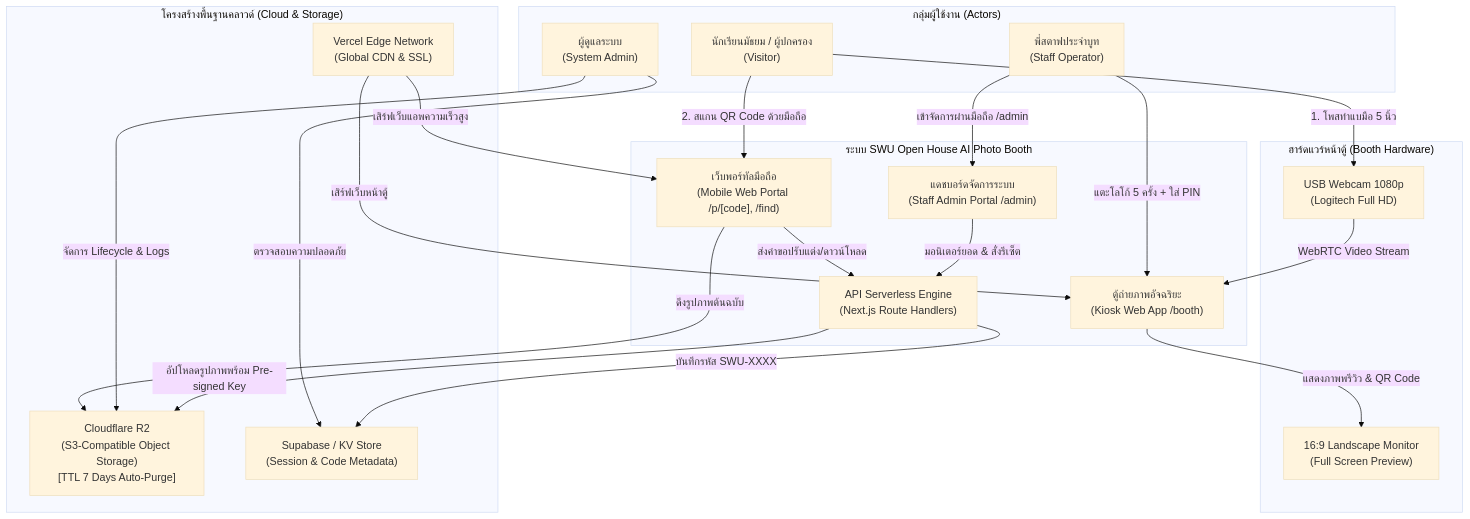
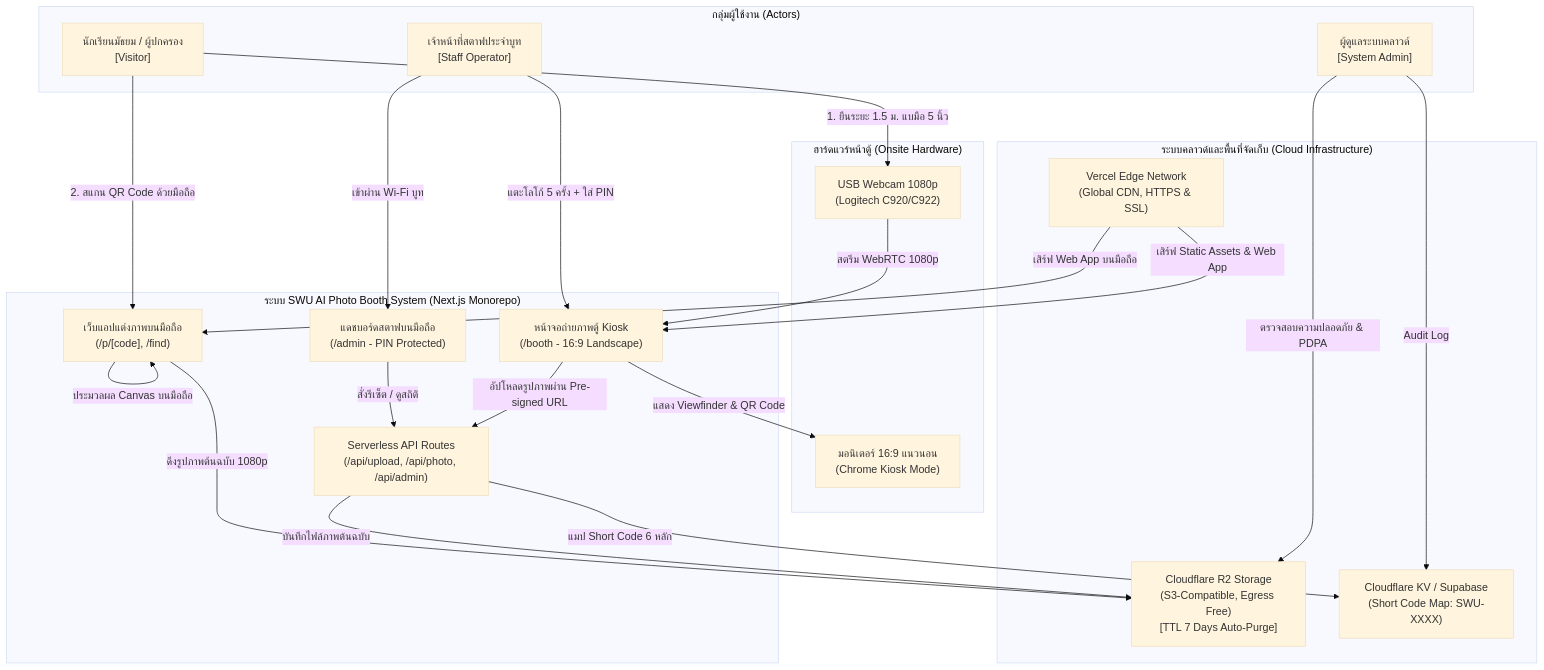
The first of 12 diagrams in ducument-sathit/task01/system-architecture-and-sequence-flow.md (icelandz9/swu-openhouse), drawn with Mermaid (base theme) before and after one commit. The commit also changed other lines of this file and 1 other file, not shown here.

Commit message:
docs: finalize pure Photo Booth System Architecture and Sequence Flows based on grill-me locks

````diff
--- a/ducument-sathit/task01/system-architecture-and-sequence-flow.md
+++ b/ducument-sathit/task01/system-architecture-and-sequence-flow.md
@@ -35,46 +25,47 @@
 ```mermaid
 flowchart TD
-    subgraph Users["กลุ่มผู้ใช้งาน (Actors)"]
-        U1["นักเรียนมัธยม / ผู้ปกครอง<br>(Visitor)"]
-        U2["พี่สตาฟประจำบูท<br>(Staff Operator)"]
-        U3["ผู้ดูแลระบบ<br>(System Admin)"]
+    subgraph Actors["กลุ่มผู้ใช้งาน (Actors)"]
+        V["นักเรียนมัธยม / ผู้ปกครอง<br>[Visitor]"]
+        S["เจ้าหน้าที่สตาฟประจำบูท<br>[Staff Operator]"]
+        A["ผู้ดูแลระบบคลาวด์<br>[System Admin]"]
     end
 
-    subgraph SWUSystem["ระบบ SWU Open House AI Photo Booth"]
-        KioskApp["ตู้ถ่ายภาพอัจฉริยะ<br>(Kiosk Web App /booth)"]
-        MobileApp["เว็บพอร์ทัลมือถือ<br>(Mobile Web Portal /p/[code], /find)"]
-        AdminApp["แดชบอร์ดจัดการระบบ<br>(Staff Admin Portal /admin)"]
-        BackendAPI["API Serverless Engine<br>(Next.js Route Handlers)"]
+    subgraph PhotoBoothSystem["ระบบ SWU AI Photo Booth System (Next.js Monorepo)"]
+        Kiosk["หน้าจอถ่ายภาพตู้ Kiosk<br>(/booth - 16:9 Landscape)"]
+        Mobile["เว็บแอปแต่งภาพบนมือถือ<br>(/p/[code], /find)"]
+        AdminPortal["แดชบอร์ดสตาฟบนมือถือ<br>(/admin - PIN Protected)"]
+        API["Serverless API Routes<br>(/api/upload, /api/photo, /api/admin)"]
     end
 
-    subgraph CloudInfra["โครงสร้างพื้นฐานคลาวด์ (Cloud & Storage)"]
-        CloudflareR2["Cloudflare R2<br>(S3-Compatible Object Storage)<br>[TTL 7 Days Auto-Purge]"]
-        VercelEdge["Vercel Edge Network<br>(Global CDN & SSL)"]
-        MetadataDB["Supabase / KV Store<br>(Session & Code Metadata)"]
+    subgraph HardwareLayer["ฮาร์ดแวร์หน้าตู้ (Onsite Hardware)"]
+        Webcam["USB Webcam 1080p<br>(Logitech C920/C922)"]
+        Screen["มอนิเตอร์ 16:9 แนวนอน<br>(Chrome Kiosk Mode)"]
     end
 
-    subgraph Hardware["ฮาร์ดแวร์หน้าตู้ (Booth Hardware)"]
-        Webcam["USB Webcam 1080p<br>(Logitech Full HD)"]
-        Screen["16:9 Landscape Monitor<br>(Full Screen Preview)"]
+    subgraph CloudLayer["ระบบคลาวด์และพื้นที่จัดเก็บ (Cloud Infrastructure)"]
+        R2["Cloudflare R2 Storage<br>(S3-Compatible, Egress Free)<br>[TTL 7 Days Auto-Purge]"]
+        VercelEdge["Vercel Edge Network<br>(Global CDN, HTTPS & SSL)"]
+        KV["Cloudflare KV / Supabase<br>(Short Code Map: SWU-XXXX)"]
     end
 
-    U1 -->|1. โพสท่าแบมือ 5 นิ้ว| Webcam
-    Webcam -->|WebRTC Video Stream| KioskApp
-    KioskApp -->|แสดงภาพพรีวิว & QR Code| Screen
-    U1 -->|2. สแกน QR Code ด้วยมือถือ| MobileApp
+    V -->|1. ยืนระยะ 1.5 ม. แบมือ 5 นิ้ว| Webcam
+    Webcam -->|สตรีม WebRTC 1080p| Kiosk
+    Kiosk -->|แสดง Viewfinder & QR Code| Screen
+    V -->|2. สแกน QR Code ด้วยมือถือ| Mobile
 
-    MobileApp -->|ดึงรูปภาพต้นฉบับ| CloudflareR2
-    MobileApp -->|ส่งคำขอปรับแต่ง/ดาวน์โหลด| BackendAPI
+    Mobile -->|ดึงรูปภาพต้นฉบับ 1080p| R2
+    Mobile -->|ประมวลผล Canvas บนมือถือ| Mobile
 
-    U2 -->|แตะโลโก้ 5 ครั้ง + ใส่ PIN| KioskApp
-    U2 -->|เข้าจัดการผ่านมือถือ /admin| AdminApp
-    AdminApp -->|มอนิเตอร์ยอด & สั่งรีเซ็ต| BackendAPI
+    S -->|แตะโลโก้ 5 ครั้ง + ใส่ PIN| Kiosk
+    S -->|เข้าผ่าน Wi-Fi บูท| AdminPortal
+    AdminPortal -->|สั่งรีเซ็ต / ดูสถิติ| API
 
-    U3 -->|จัดการ Lifecycle & Logs| CloudflareR2
-    U3 -->|ตรวจสอบความปลอดภัย| MetadataDB
+    A -->|ตรวจสอบความปลอดภัย & PDPA| R2
+    A -->|Audit Log| KV
 
-    BackendAPI -->|อัปโหลดรูปภาพพร้อม Pre-signed Key| CloudflareR2
-    BackendAPI -->|บันทึกรหัส SWU-XXXX| MetadataDB
-    VercelEdge -->|เสิร์ฟเว็บแอพความเร็วสูง| MobileApp
-    VercelEdge -->|เสิร์ฟเว็บหน้าตู้| KioskApp
+    Kiosk -->|อัปโหลดรูปภาพผ่าน Pre-signed URL| API
+    API -->|บันทึกไฟล์ภาพต้นฉบับ| R2
+    API -->|แมป Short Code 6 หลัก| KV
+    VercelEdge -->|เสิร์ฟ Static Assets & Web App| Kiosk
+    VercelEdge -->|เสิร์ฟ Web App บนมือถือ| Mobile
 ```
````
